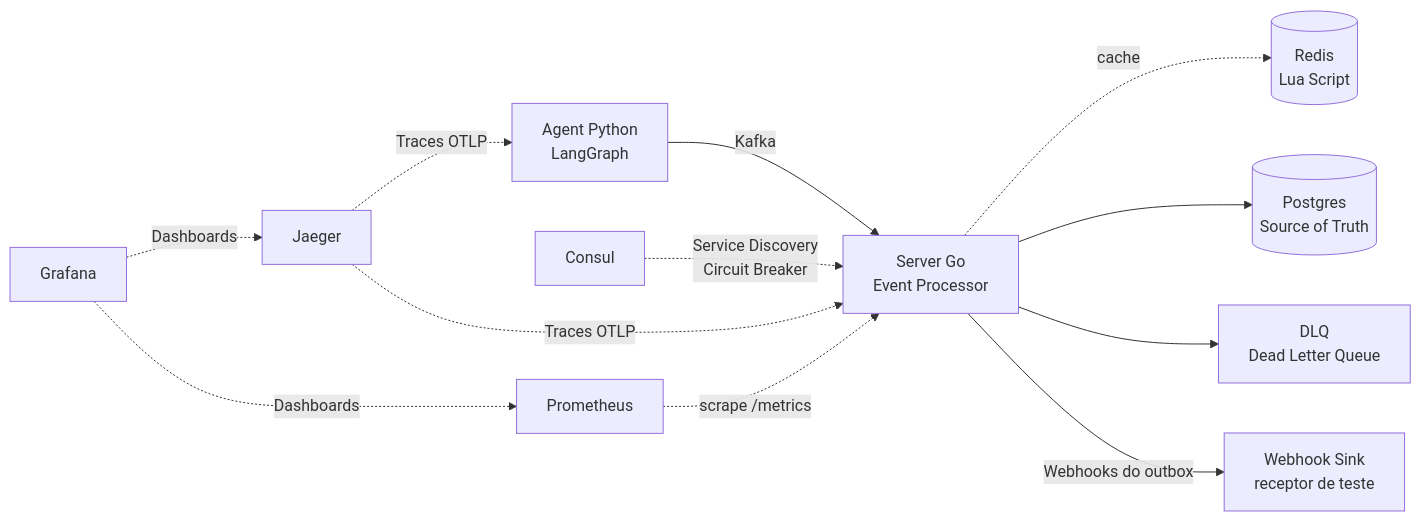
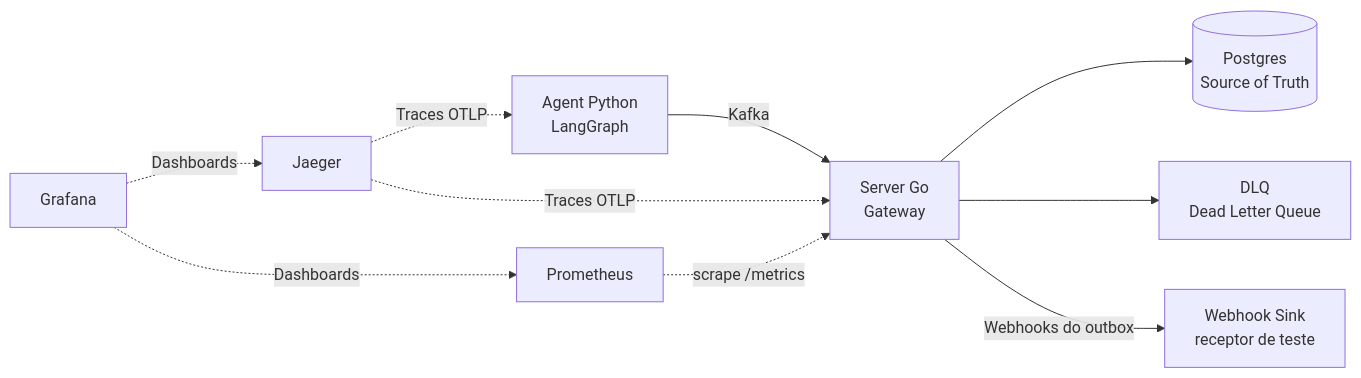
One commit to deboracastrodev/distribuid-system-simulator changed the first of 2 diagrams in README.md. Above: the diagram before and after it, drawn with Mermaid. The commit also changed other lines of this file and 29 other files, not shown here.

First line of the commit message:
Tese do projeto (ADR-007) e remoção de Redis e Consul (ADR-008)

````diff
--- a/README.md
+++ b/README.md
@@ -9,12 +11,10 @@
 ```mermaid
 graph LR
-    A[Agent Python<br/>LangGraph] -->|Kafka| B[Server Go<br/>Event Processor]
-    B -.->|cache| C[(Redis<br/>Lua Script)]
+    A[Agent Python<br/>LangGraph] -->|Kafka| B[Server Go<br/>Gateway]
     B --> D[(Postgres<br/>Source of Truth)]
     B --> E[DLQ<br/>Dead Letter Queue]
     B -->|Webhooks do outbox| W[Webhook Sink<br/>receptor de teste]
-    F[Consul] -.->|Service Discovery<br/>Circuit Breaker| B
     G[Jaeger] -.->|Traces OTLP| A & B
     P[Prometheus] -.->|scrape /metrics| B
     H[Grafana] -.->|Dashboards| G & P
 ```
````
